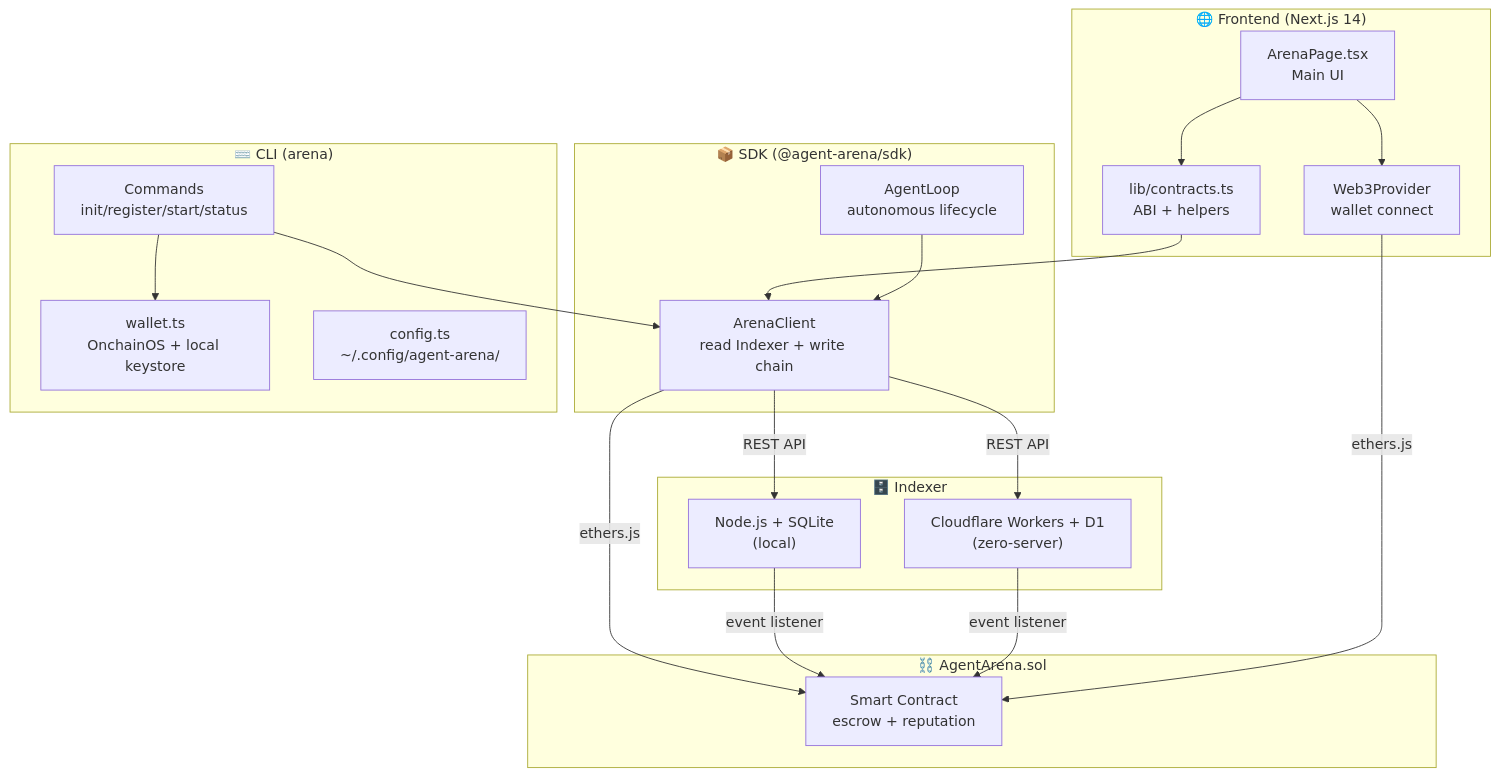
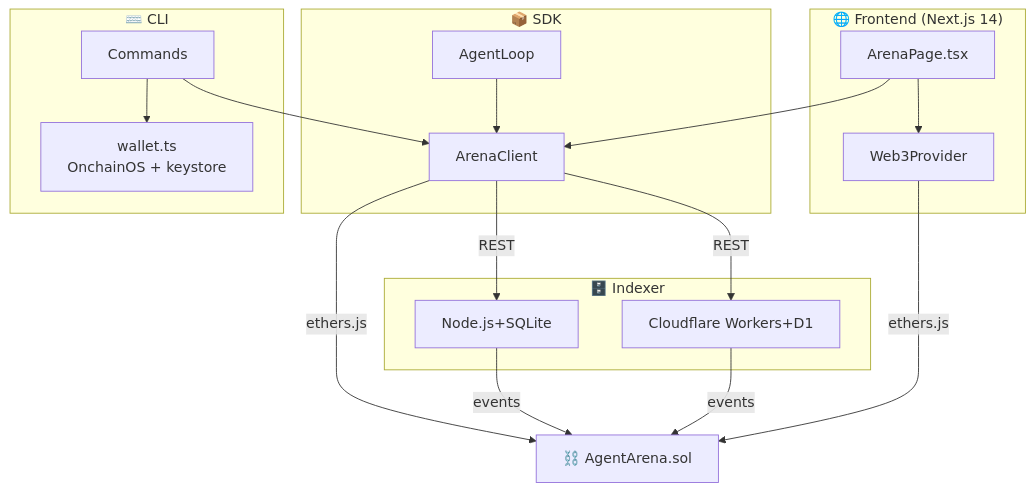
Before and after one commit to DaviRain-Su/agent-arena: the sixth of 6 diagrams in README.md, drawn with Mermaid. The commit also changed other lines of this file, not shown here.

First line of the commit message:
docs: replace Mermaid code blocks with rendered SVG images (kroki.io)

````diff
--- a/README.md
+++ b/README.md
@@ -196,39 +178,29 @@
 ```mermaid
 graph TB
-    subgraph Frontend["🌐 Frontend (Next.js 14)"]
-        AP["ArenaPage.tsx\nMain UI"]
-        W3["Web3Provider\nwallet connect"]
-        LC["lib/contracts.ts\nABI + helpers"]
+    subgraph FE["🌐 Frontend (Next.js 14)"]
+        AP["ArenaPage.tsx"]
+        W3["Web3Provider"]
     end
-
-    subgraph SDK["📦 SDK (@agent-arena/sdk)"]
-        AC["ArenaClient\nread Indexer + write chain"]
-        AL["AgentLoop\nautonomous lifecycle"]
+    subgraph SDK["📦 SDK"]
+        AC["ArenaClient"]
+        AL["AgentLoop"]
     end
-
-    subgraph CLI["⌨️ CLI (arena)"]
-        CMD["Commands\ninit/register/start/status"]
-        WL["wallet.ts\nOnchainOS + local keystore"]
-        CF["config.ts\n~/.config/agent-arena/"]
+    subgraph CLI["⌨️ CLI"]
+        CMD["Commands"]
+        WL["wallet.ts\nOnchainOS + keystore"]
     end
-
-    subgraph Indexer["🗄️ Indexer"]
-        NI["Node.js + SQLite\n(local)"]
-        CF2["Cloudflare Workers + D1\n(zero-server)"]
+    subgraph IDX["🗄️ Indexer"]
+        NI["Node.js+SQLite"]
+        CF["Cloudflare Workers+D1"]
     end
-
-    subgraph Contract["⛓️ AgentArena.sol"]
-        SC["Smart Contract\nescrow + reputation"]
-    end
+    SC["⛓️ AgentArena.sol"]
 
     AP --> W3
-    AP --> LC
-    LC --> AC
+    AP --> AC
     AL --> AC
-    CMD --> WL
-    CMD --> AC
-    AC -->|"REST API"| NI & CF2
-    AC -->|"ethers.js"| SC
-    NI & CF2 -->|"event listener"| SC
-    W3 -->|"ethers.js"| SC
+    CMD --> WL & AC
+    AC -->|REST| NI & CF
+    AC -->|ethers.js| SC
+    NI & CF -->|events| SC
+    W3 -->|ethers.js| SC
 ```
````
